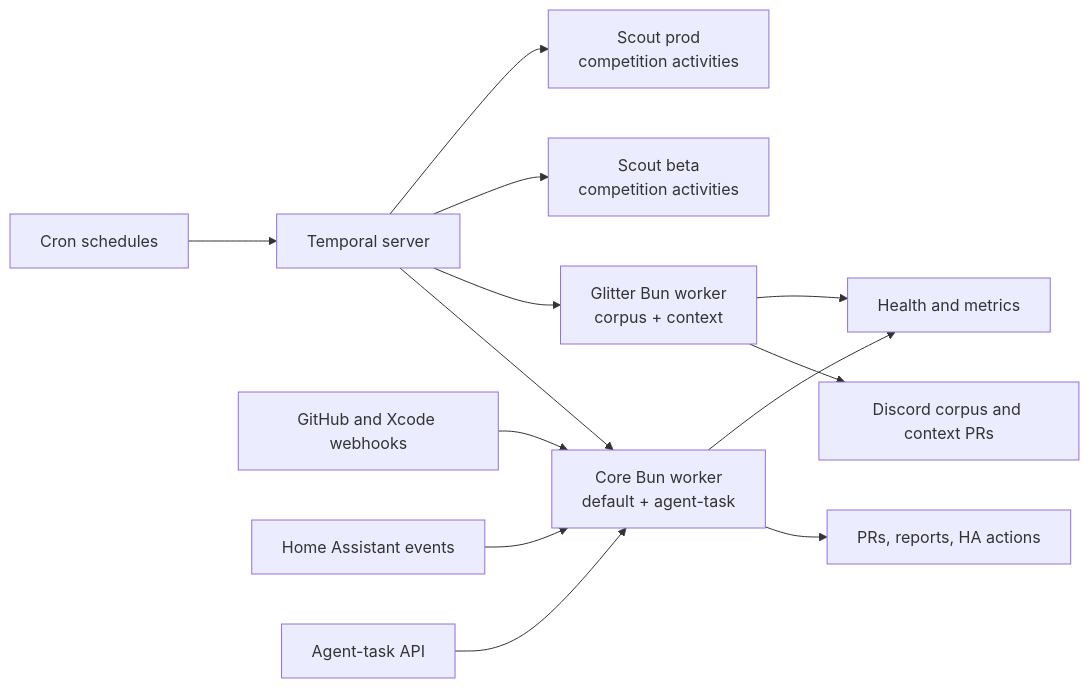
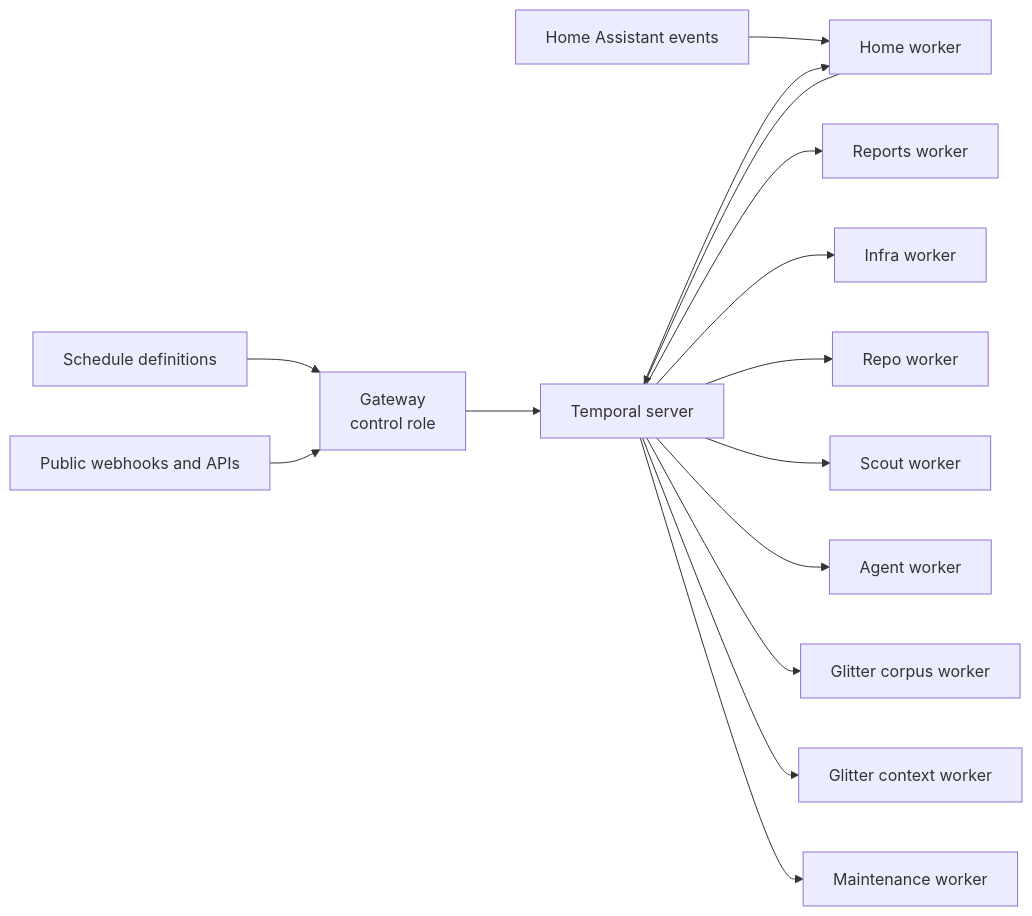
Before and after one commit to shepherdjerred/monorepo: the diagram in packages/docs/wiki/src/content/docs/explanation/temporal/overview.md, drawn with Mermaid. The commit also changed other lines of this file and 1 other file, not shown here.

Commit message:
docs(temporal): document split Glitter workers

````diff
--- a/packages/docs/wiki/src/content/docs/explanation/temporal/overview.md
+++ b/packages/docs/wiki/src/content/docs/explanation/temporal/overview.md
@@ -12,18 +12,20 @@
 ```mermaid
 flowchart LR
   accTitle: Temporal worker system map
-  accDescr: The Temporal server dispatches general and agent work to the core Bun worker, Glitter work to dedicated workers, maintenance to Buildkite, and competition delivery activities to each Scout environment. Webhooks, APIs, and Home Assistant events enter through the core worker.
+  accDescr: A tokenless gateway reconciles schedules and receives public requests. Temporal dispatches each workflow and activity to one of nine domain queues. Home Assistant events enter through the home worker. Every domain has independent health and metrics endpoints.
 
-  S[Cron schedules] --> T[Temporal server]
-  T --> C[Core Bun worker<br/>default + agent-task]
-  T --> G[Glitter Bun worker<br/>corpus + context]
-  T --> SB[Scout beta<br/>competition activities]
-  T --> SP[Scout prod<br/>competition activities]
-  W[GitHub and Xcode webhooks] --> C
-  H[Home Assistant events] --> C
-  A[Agent-task API] --> C
-  C --> O[PRs, reports, HA actions]
-  G --> D[Discord corpus and context PRs]
-  C --> M[Health and metrics]
-  G --> M
+  S[Schedule definitions] --> G[Gateway<br/>control role]
+  W[Public webhooks and APIs] --> G
+  G --> T[Temporal server]
+  E[Home Assistant events] --> H[Home worker]
+  H --> T
+  T --> H
+  T --> R[Reports worker]
+  T --> I[Infra worker]
+  T --> P[Repo worker]
+  T --> C[Scout worker]
+  T --> A[Agent worker]
+  T --> D[Glitter corpus worker]
+  T --> X[Glitter context worker]
+  T --> M[Maintenance worker]
 ```
````
